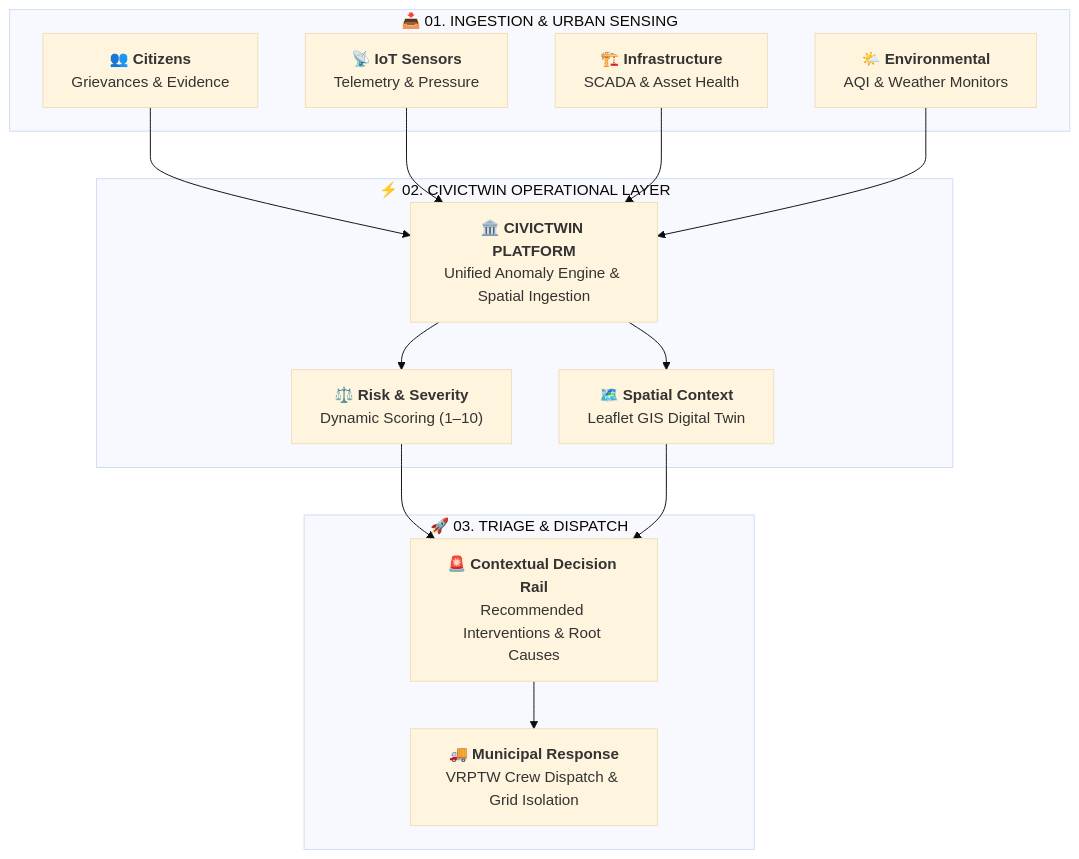
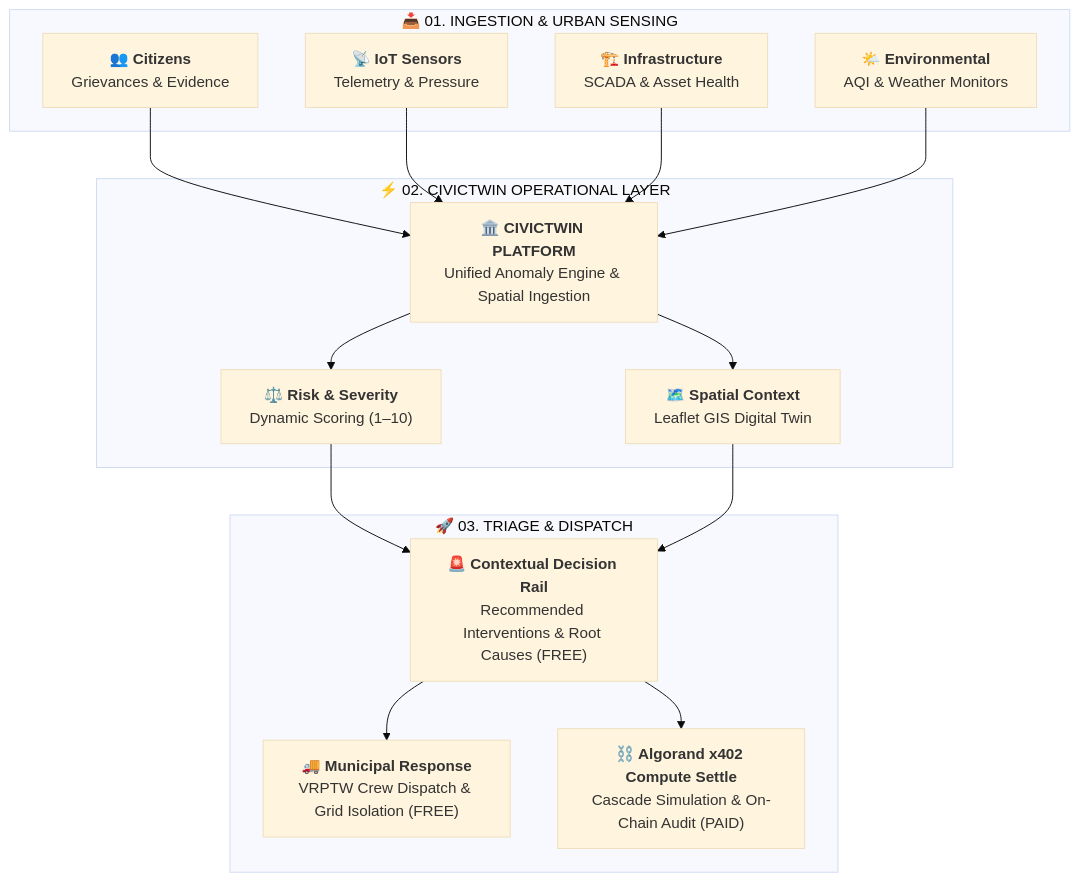
One commit to SIDDHARTHXMEUR/CIVICTWIN changed the first of 5 diagrams in README.md. Above: the diagram before and after it, drawn with Mermaid (base theme). The commit also changed other lines of this file and 16 other files, not shown here.

Commit message:
feat: Algorand x402 M2M compute settlement, Intelligence dossier overhaul, Decision Rail legibility, and Indian currency system support

````diff
--- a/README.md
+++ b/README.md
@@ -84,25 +194,27 @@
 ```mermaid
 flowchart TD
     subgraph INGESTION ["📥 01. INGESTION & URBAN SENSING"]
         C["<b>👥 Citizens</b><br/>Grievances & Evidence"]
         S["<b>📡 IoT Sensors</b><br/>Telemetry & Pressure"]
         I["<b>🏗️ Infrastructure</b><br/>SCADA & Asset Health"]
         E["<b>🌤️ Environmental</b><br/>AQI & Weather Monitors"]
     end
 
     subgraph ENGINE ["⚡ 02. CIVICTWIN OPERATIONAL LAYER"]
         T["<b>🏛️ CIVICTWIN PLATFORM</b><br/>Unified Anomaly Engine & Spatial Ingestion"]
         R["<b>⚖️ Risk & Severity</b><br/>Dynamic Scoring (1–10)"]
         M["<b>🗺️ Spatial Context</b><br/>Leaflet GIS Digital Twin"]
     end
 
     subgraph RESOLUTION ["🚀 03. TRIAGE & DISPATCH"]
-        D["<b>🚨 Contextual Decision Rail</b><br/>Recommended Interventions & Root Causes"]
-        A["<b>🚚 Municipal Response</b><br/>VRPTW Crew Dispatch & Grid Isolation"]
+        D["<b>🚨 Contextual Decision Rail</b><br/>Recommended Interventions & Root Causes (FREE)"]
+        A["<b>🚚 Municipal Response</b><br/>VRPTW Crew Dispatch & Grid Isolation (FREE)"]
+        P["<b>⛓️ Algorand x402 Compute Settle</b><br/>Cascade Simulation & On-Chain Audit (PAID)"]
     end
 
     C & S & I & E --> T
     T --> R & M
     R & M --> D
     D --> A
+    D --> P
 ```
````
